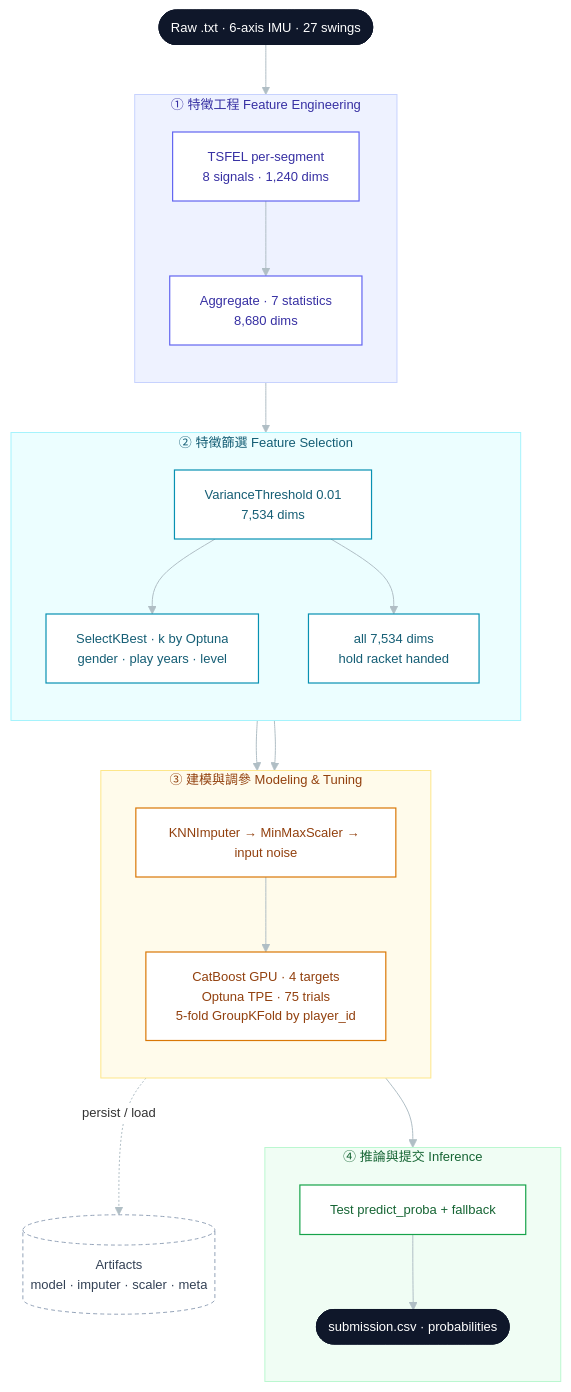
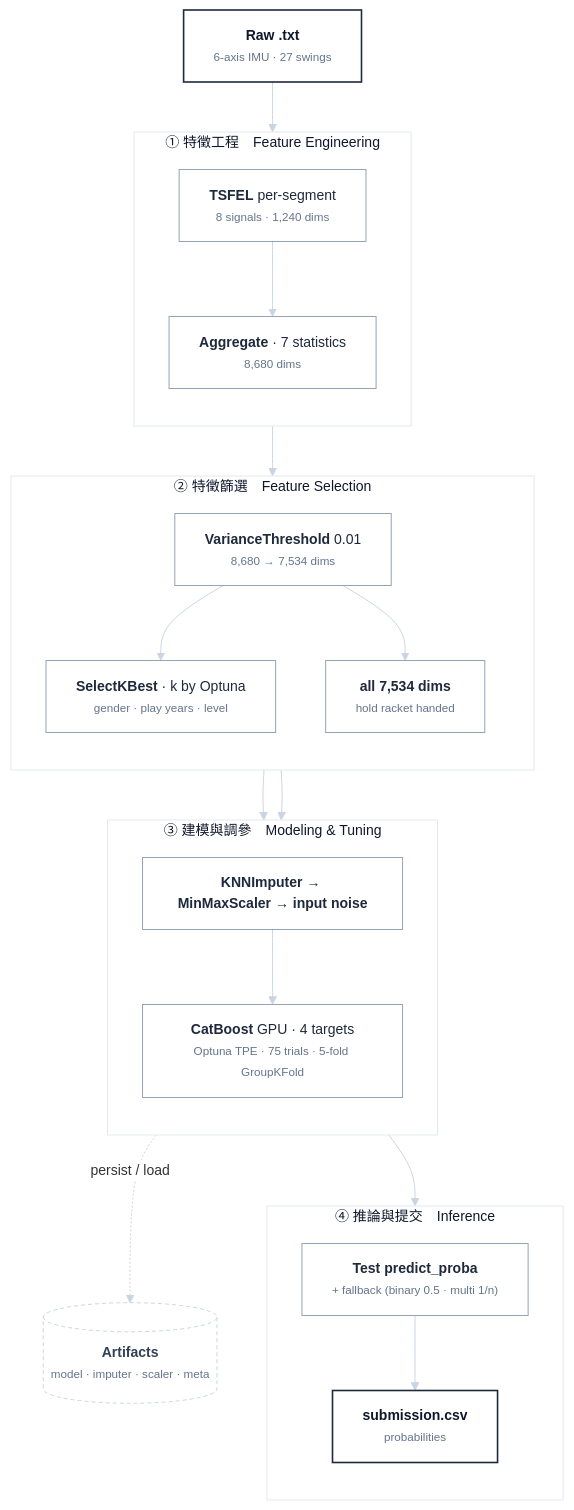
The diagram in README.md (Guancheng1206/aicup2025Spring_Tabletennis), drawn with Mermaid before and after one commit.

Commit message:
Restyle Pipeline diagram: minimal monochrome, typography-led
- Remove all panel/background colors; plain white cards, thin grey borders
- Typographic hierarchy: bold key term + muted small detail line
- Black stadium nodes as input/output anchors
- Robust <small> sizing so hierarchy survives GitHub sanitization
- Verified rendering locally with mermaid-cli

````diff
--- a/README.md
+++ b/README.md
@@ -35,53 +35,50 @@
 ```mermaid
-%%{init: {'theme':'base','themeVariables':{'fontFamily':'Segoe UI, Helvetica, Arial, sans-serif','fontSize':'13px','lineColor':'#b0bec5','edgeLabelBackground':'#ffffff'}}}%%
+﻿%%{init: {'theme':'base','themeVariables':{'fontFamily':'Segoe UI, Helvetica, Arial, sans-serif','fontSize':'14px','lineColor':'#cbd5e1','edgeLabelBackground':'#ffffff'}}}%%
 flowchart TD
-    A(["Raw .txt&nbsp;·&nbsp;6-axis IMU&nbsp;·&nbsp;27 swings"]):::io
+    A["<b>Raw .txt</b><br/><small style='color:#64748b'>6-axis IMU · 27 swings</small>"]:::io
 
-    subgraph FE ["① 特徵工程 Feature Engineering"]
+    subgraph FE ["① 特徵工程　Feature Engineering"]
         direction TB
-        B["TSFEL per-segment<br/>8 signals · 1,240 dims"]:::fe
-        C["Aggregate · 7 statistics<br/>8,680 dims"]:::fe
+        B["<b>TSFEL</b> per-segment<br/><small style='color:#64748b'>8 signals · 1,240 dims</small>"]:::card
+        C["<b>Aggregate</b> · 7 statistics<br/><small style='color:#64748b'>8,680 dims</small>"]:::card
         B --> C
     end
 
-    subgraph SEL ["② 特徵篩選 Feature Selection"]
+    subgraph SEL ["② 特徵篩選　Feature Selection"]
         direction TB
-        D["VarianceThreshold 0.01<br/>7,534 dims"]:::sel
-        K1["SelectKBest · k by Optuna<br/>gender · play years · level"]:::sel
-        K2["all 7,534 dims<br/>hold racket handed"]:::sel
+        D["<b>VarianceThreshold</b> 0.01<br/><small style='color:#64748b'>8,680 → 7,534 dims</small>"]:::card
+        K1["<b>SelectKBest</b> · k by Optuna<br/><small style='color:#64748b'>gender · play years · level</small>"]:::card
+        K2["<b>all 7,534 dims</b><br/><small style='color:#64748b'>hold racket handed</small>"]:::card
         D --> K1
         D --> K2
     end
 
-    subgraph MODEL ["③ 建模與調參 Modeling & Tuning"]
+    subgraph MODEL ["③ 建模與調參　Modeling &amp; Tuning"]
         direction TB
-        PRE["KNNImputer → MinMaxScaler → input noise"]:::mdl
-        F["CatBoost GPU · 4 targets<br/>Optuna TPE · 75 trials<br/>5-fold GroupKFold by player_id"]:::mdl
+        PRE["<b>KNNImputer</b> → <b>MinMaxScaler</b> → <b>input noise</b>"]:::card
+        F["<b>CatBoost</b> GPU · 4 targets<br/><small style='color:#64748b'>Optuna TPE · 75 trials · 5-fold GroupKFold</small>"]:::card
         PRE --> F
     end
 
-    subgraph OUT ["④ 推論與提交 Inference"]
+    subgraph OUT ["④ 推論與提交　Inference"]
         direction TB
-        G["Test predict_proba + fallback"]:::out
-        H(["submission.csv · probabilities"]):::io
+        G["<b>Test predict_proba</b><br/><small style='color:#64748b'>+ fallback (binary 0.5 · multi 1/n)</small>"]:::card
+        H["<b>submission.csv</b><br/><small style='color:#64748b'>probabilities</small>"]:::io
         G --> H
     end
 
     A --> B
     C --> D
     K1 --> PRE
     K2 --> PRE
     F --> G
-    F -. "persist / load" .-> P[("Artifacts<br/>model · imputer · scaler · meta")]:::art
+    F -. "persist / load" .-> P[("<b>Artifacts</b><br/><small style='color:#64748b'>model · imputer · scaler · meta</small>")]:::art
 
-    classDef io fill:#0f172a,color:#ffffff,stroke:#0f172a,stroke-width:1px;
-    classDef fe  fill:#ffffff,stroke:#6366f1,color:#3730a3,stroke-width:1.2px;
-    classDef sel fill:#ffffff,stroke:#0891b2,color:#155e75,stroke-width:1.2px;
-    classDef mdl fill:#ffffff,stroke:#d97706,color:#92400e,stroke-width:1.2px;
-    classDef out fill:#ffffff,stroke:#16a34a,color:#166534,stroke-width:1.2px;
-    classDef art fill:#ffffff,stroke:#94a3b8,color:#334155,stroke-dasharray:4 3;
-    style FE fill:#eef2ff,stroke:#c7d2fe,color:#3730a3
-    style SEL fill:#ecfeff,stroke:#a5f3fc,color:#155e75
-    style MODEL fill:#fffbeb,stroke:#fde68a,color:#92400e
-    style OUT fill:#f0fdf4,stroke:#bbf7d0,color:#166534
+    classDef card fill:#ffffff,stroke:#94a3b8,color:#1e293b,stroke-width:1px;
+    classDef io fill:#ffffff,stroke:#1e293b,color:#0f172a,stroke-width:1.6px;
+    classDef art fill:#ffffff,stroke:#cbd5e1,color:#334155,stroke-width:1px,stroke-dasharray:4 3;
+    style FE fill:#ffffff,stroke:#e2e8f0,color:#0f172a
+    style SEL fill:#ffffff,stroke:#e2e8f0,color:#0f172a
+    style MODEL fill:#ffffff,stroke:#e2e8f0,color:#0f172a
+    style OUT fill:#ffffff,stroke:#e2e8f0,color:#0f172a
 ```
````
